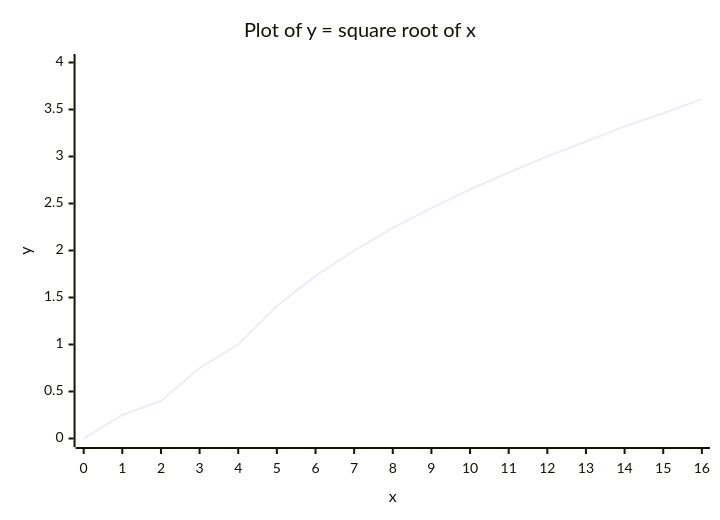
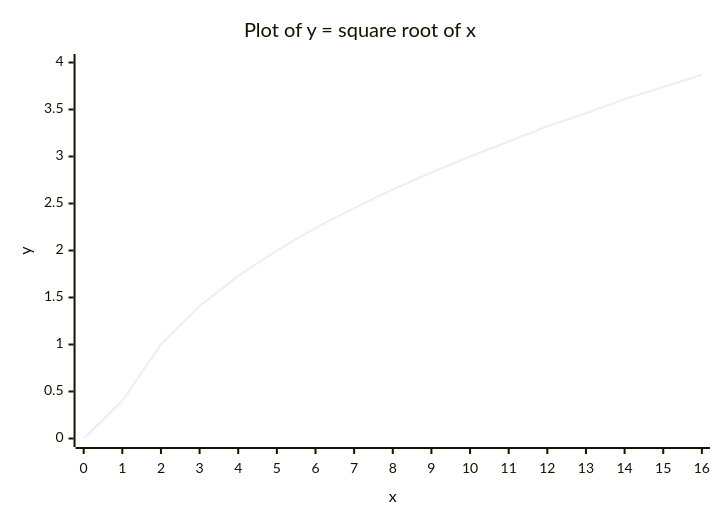
One commit to wayne-whitley/simple-initial-repository changed the diagram in README.md. Above: the diagram before and after it, drawn with Mermaid.

````diff
--- a/README.md
+++ b/README.md
@@ -7,7 +7,7 @@
 ```mermaid
 xychart-beta
     title "Plot of y = square root of x"
     x-axis "x" [0, 1, 2, 3, 4, 5, 6, 7, 8, 9, 10, 11, 12, 13, 14, 15, 16]
     y-axis "y" 0 --> 4
-    line [0.0, 0.25, 0.4, 0.75, 1.0, 1.41, 1.73, 2.0, 2.24, 2.45, 2.65, 2.83, 3.0, 3.16, 3.32, 3.46, 3.61, 3.74, 3.87, 4.0]
+    line [0.0, 0.4, 1.0, 1.41, 1.73, 2.0, 2.24, 2.45, 2.65, 2.83, 3.0, 3.16, 3.32, 3.46, 3.61, 3.74, 3.87, 4.0]
 ```
````
